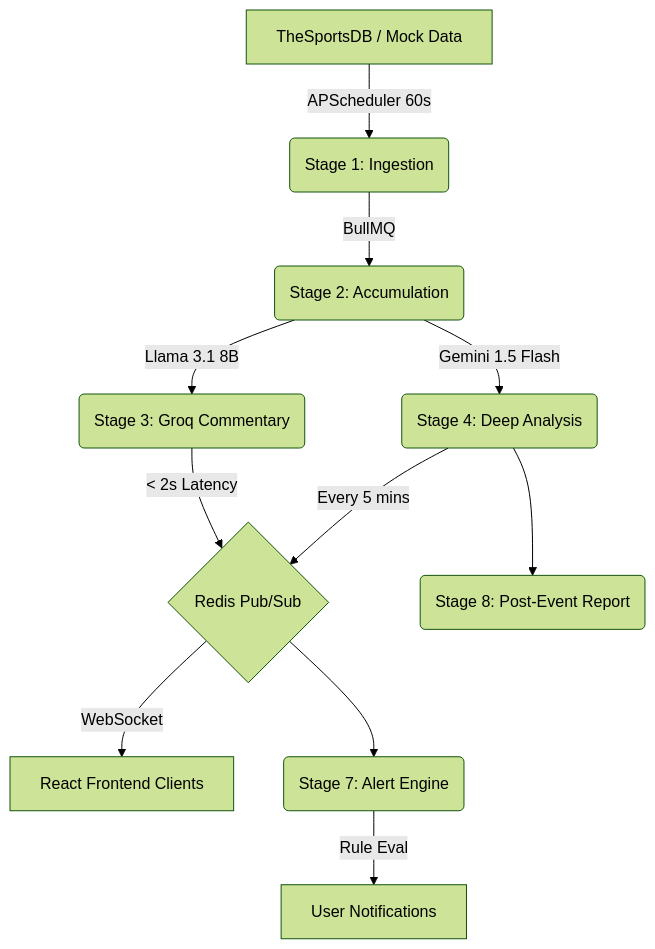
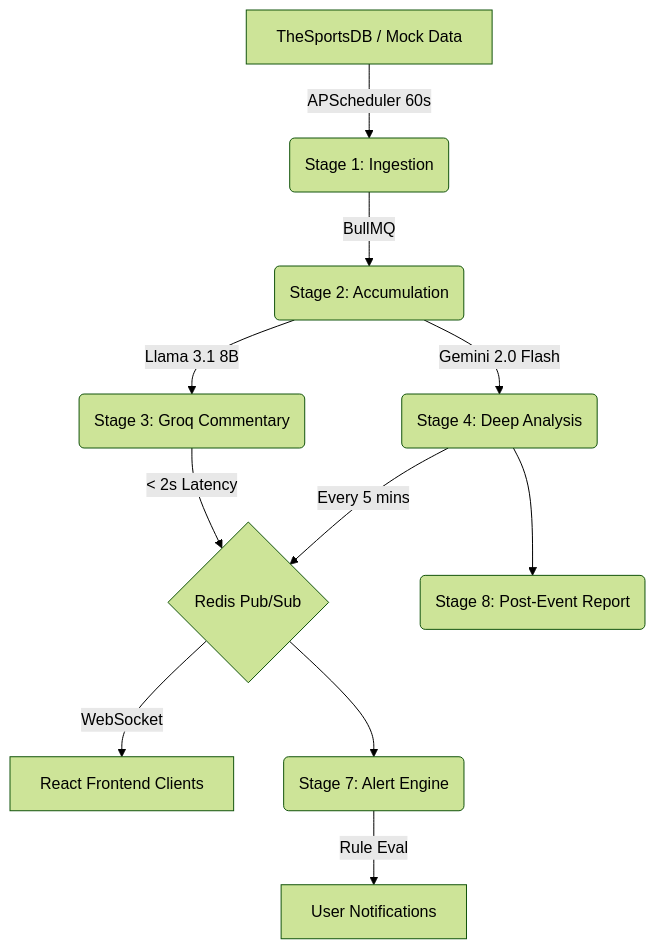
Before and after one commit to pranavsinghpatil/LiveIQ: the diagram in README.md, drawn with Mermaid (forest theme). The commit also changed other lines of this file and 1 other file, not shown here.

````diff
--- a/README.md
+++ b/README.md
@@ -39,17 +39,17 @@
 ```mermaid
 graph TD
     A[TheSportsDB / Mock Data] -->|APScheduler 60s| B(Stage 1: Ingestion)
     B -->|BullMQ| C(Stage 2: Accumulation)
     C -->|Llama 3.1 8B| D(Stage 3: Groq Commentary)
     D -->|< 2s Latency| E{Redis Pub/Sub}
     
-    C -->|Gemini 1.5 Flash| F(Stage 4: Deep Analysis)
+    C -->|Gemini 2.0 Flash| F(Stage 4: Deep Analysis)
     F -->|Every 5 mins| E
     
     E -->|WebSocket| G[React Frontend Clients]
     
     E --> H(Stage 7: Alert Engine)
     H -->|Rule Eval| I[User Notifications]
     
     F --> J(Stage 8: Post-Event Report)
 ```
````
